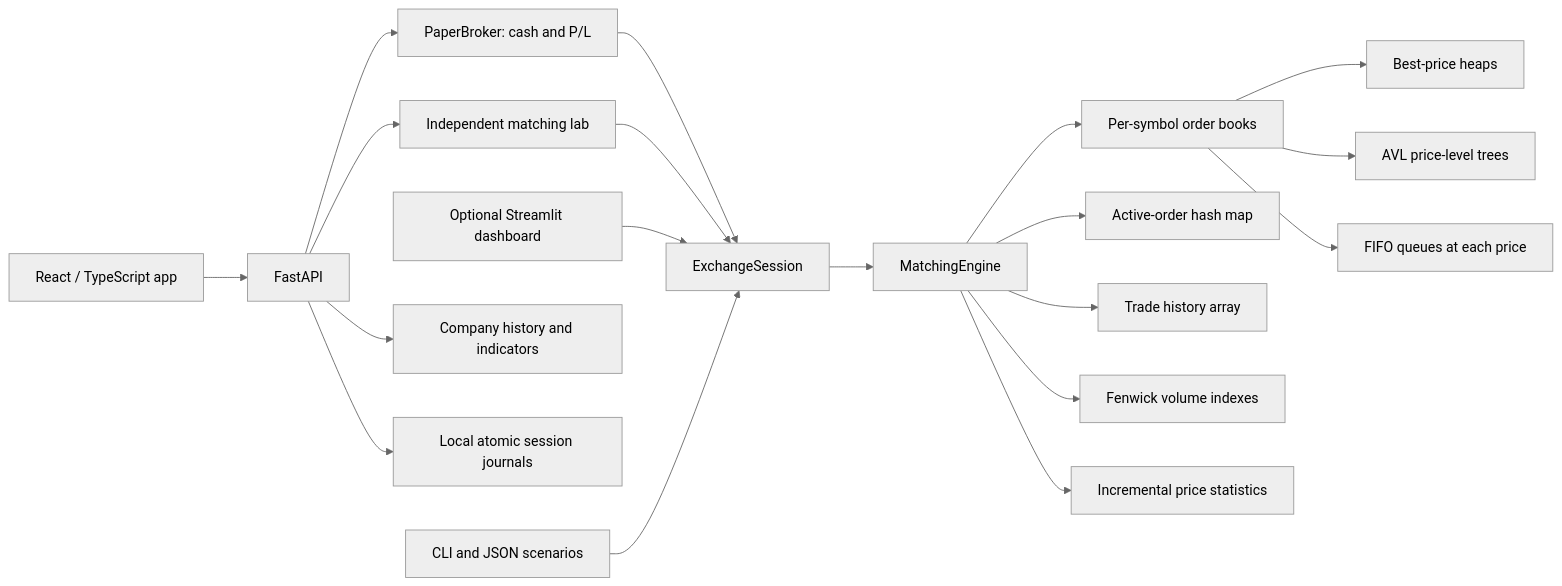
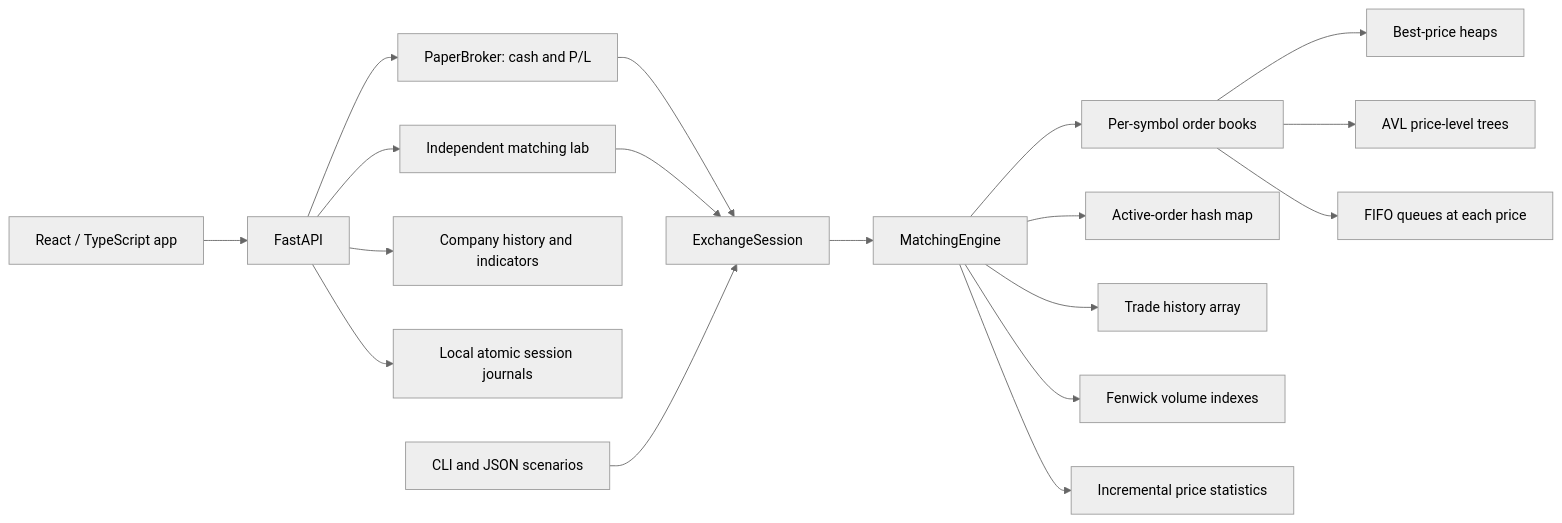
The diagram in docs/architecture.md (sgshiv001/TRADE-VELOCITY), drawn with Mermaid (neutral theme) before and after one commit. The commit also changed other lines of this file and 42 other files, not shown here.

````diff
--- a/docs/architecture.md
+++ b/docs/architecture.md
@@ -5,21 +5,20 @@
 ```mermaid
 flowchart LR
     UI[React / TypeScript app] --> API[FastAPI]
     API --> Paper[PaperBroker: cash and P/L]
     API --> Lab[Independent matching lab]
     Paper --> Session[ExchangeSession]
     Lab --> Session
-    Legacy[Optional Streamlit dashboard] --> Session
     API --> History[Company history and indicators]
     API --> Saved[Local atomic session journals]
     CLI[CLI and JSON scenarios] --> Session
     Session --> Engine[MatchingEngine]
     Engine --> Books[Per-symbol order books]
     Books --> Heaps[Best-price heaps]
     Books --> AVL[AVL price-level trees]
     Books --> Queues[FIFO queues at each price]
     Engine --> Lookup[Active-order hash map]
     Engine --> Trades[Trade history array]
     Engine --> Volume[Fenwick volume indexes]
     Engine --> Stats[Incremental price statistics]
 ```
````
